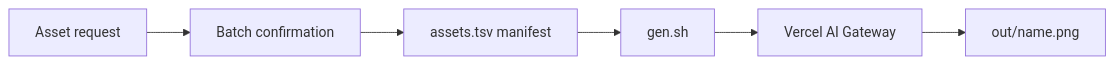
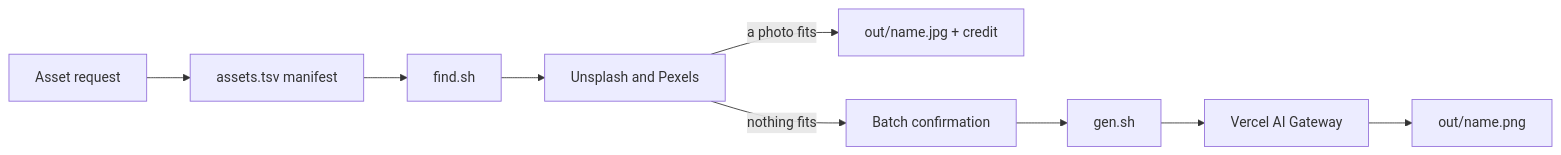
One commit to VortiMedia/asset-foundry changed the diagram in README.md. Above: the diagram before and after it, drawn with Mermaid. The commit also changed other lines of this file and 12 other files, not shown here.

````diff
--- a/README.md
+++ b/README.md
@@ -28,8 +29,11 @@
 ```mermaid
 flowchart LR
-    A[Asset request] --> B[Batch confirmation]
-    B --> C[assets.tsv manifest]
-    C --> D[gen.sh]
+    A[Asset request] --> C[assets.tsv manifest]
+    C --> S[find.sh]
+    S --> L[Unsplash and Pexels]
+    L -->|a photo fits| J[out/name.jpg + credit]
+    L -->|nothing fits| B[Batch confirmation]
+    B --> D[gen.sh]
     D --> E[Vercel AI Gateway]
     E --> F[out/name.png]
 ```
````
